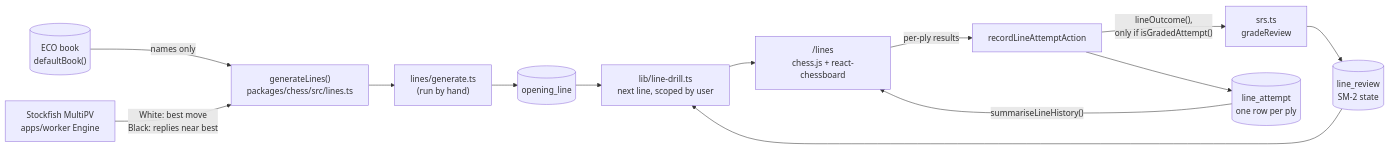
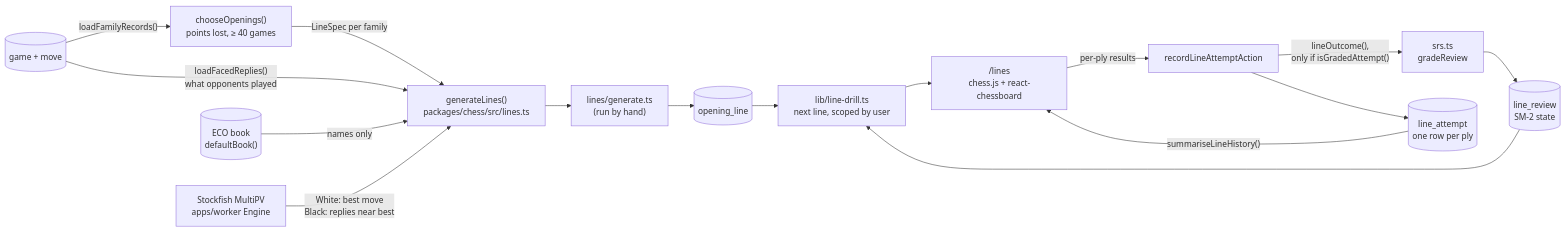
Diagram 11 of 12 in docs/architecture.md (SimonF-Codes/ChessEdu), drawn with Mermaid before and after one commit. The commit also changed other lines of this file and 2 other files, not shown here.

First line of the commit message:
ADR 0009: choose openings by points lost in the player's own games

````diff
--- a/docs/architecture.md
+++ b/docs/architecture.md
@@ -879,15 +882,18 @@
 ```mermaid
 flowchart LR
+    G[("game + move")] -->|"loadFamilyRecords()"| CH["chooseOpenings()<br/>points lost, ≥ 40 games"]
+    CH -->|"LineSpec per family"| GEN
+    G -->|"loadFacedReplies()<br/>what opponents played"| GEN
     ECO[("ECO book<br/>defaultBook()")] -->|"names only"| GEN["generateLines()<br/>packages/chess/src/lines.ts"]
     SF["Stockfish MultiPV<br/>apps/worker Engine"] -->|"White: best move<br/>Black: replies near best"| GEN
     GEN --> SCRIPT["lines/generate.ts<br/>(run by hand)"]
     SCRIPT --> OL[("opening_line")]
     OL --> Q["lib/line-drill.ts<br/>next line, scoped by user"]
     LR2[("line_review<br/>SM-2 state")] --> Q
     Q --> UI["/lines<br/>chess.js + react-chessboard"]
     UI -->|"per-ply results"| A["recordLineAttemptAction"]
     A -->|"lineOutcome(),<br/>only if isGradedAttempt()"| SRS["srs.ts<br/>gradeReview"]
     A --> LA[("line_attempt<br/>one row per ply")]
     SRS --> LR2
     LA -->|"summariseLineHistory()"| UI
 ```
````
